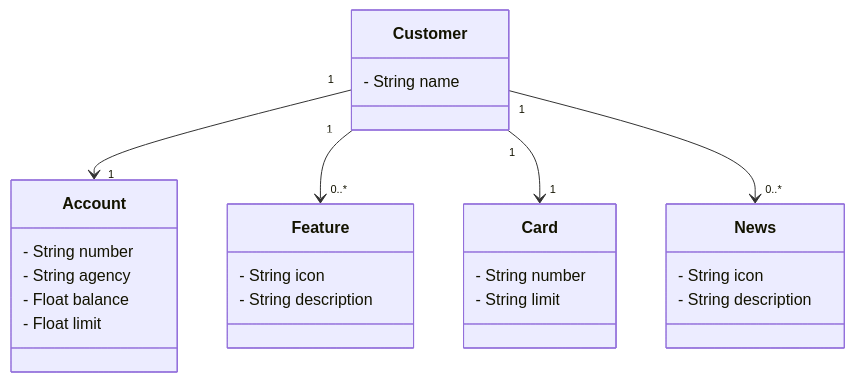
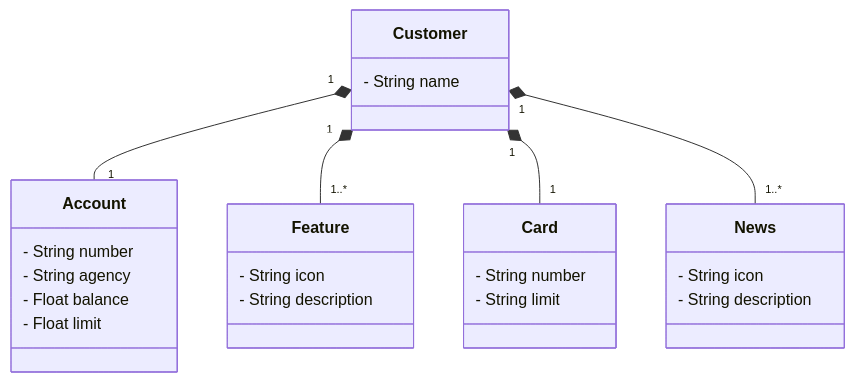
Before and after one commit to brunobrd/Santander-Devweek: the diagram in README.md, drawn with Mermaid.

````diff
--- a/README.md
+++ b/README.md
@@ -5,33 +5,33 @@
 ``` mermaid
 classDiagram
     class Customer {
         - String name
     }
     
     class Account {
         - String number
         - String agency
         - Float balance
         - Float limit
     }
 
     class Feature {
         - String icon
         - String description
     }
 
     class Card {
         - String number
         - String limit
     }
 
     class News {
         - String icon
         - String description
     }
 
-    Customer "1" --> "1" Account
-    Customer "1" --> "0..*" Feature
-    Customer "1" --> "1" Card
-    Customer "1" --> "0..*" News
+    Customer "1" *-- "1" Account
+    Customer "1" *-- "1..*" Feature
+    Customer "1" *-- "1" Card
+    Customer "1" *-- "1..*" News
 ```
````
